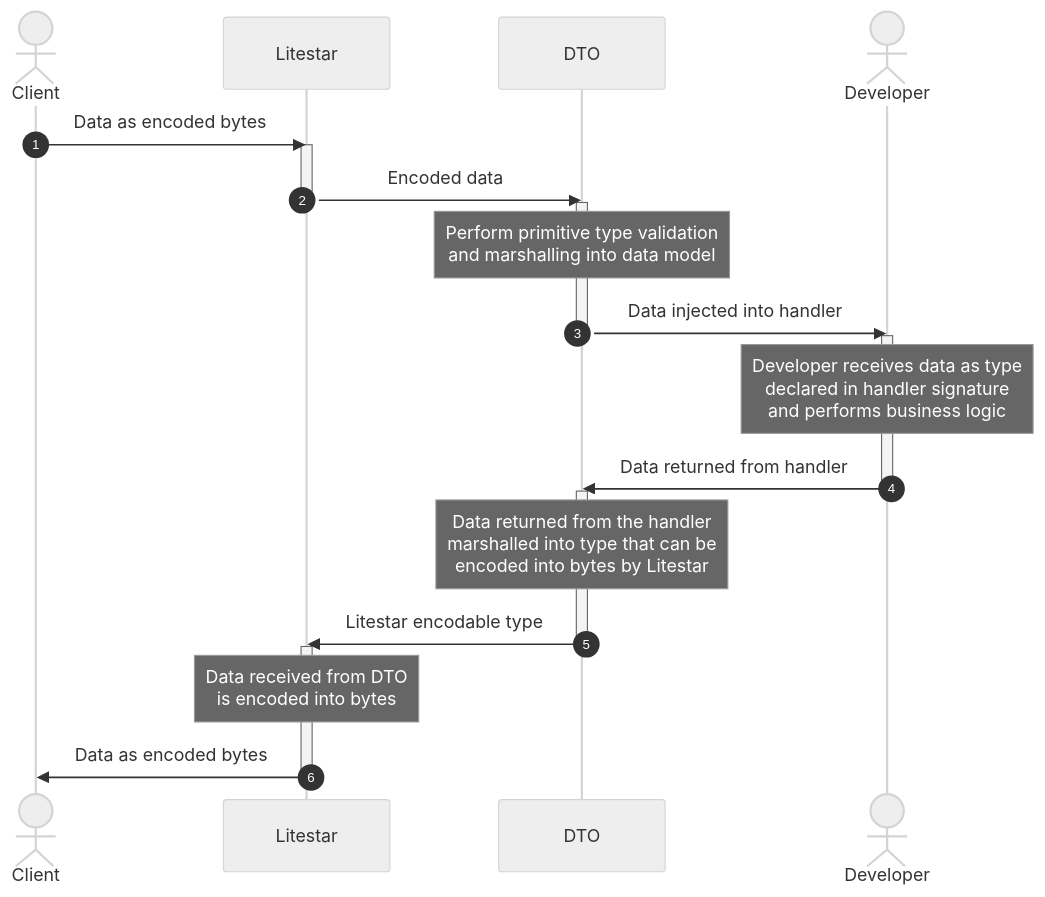
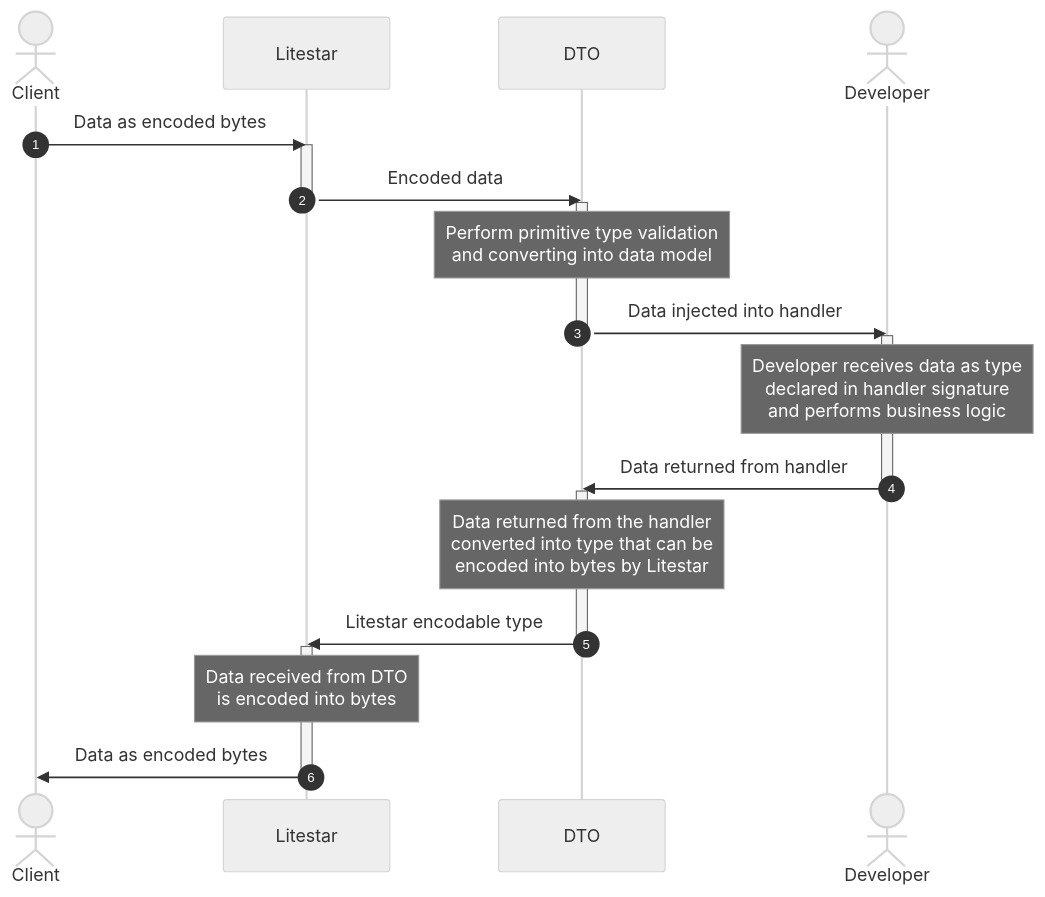
One commit to litestar-org/litestar changed the diagram in docs/usage/dto/index.rst. Above: the diagram before and after it, drawn with Mermaid (neutral theme). The commit also changed 4 other files, not shown here.

```diff
--- a/docs/usage/dto/index.rst
+++ b/docs/usage/dto/index.rst
@@ -4,28 +4,28 @@
 .. mermaid::
 
         sequenceDiagram
             autonumber
             actor Client
             participant Litestar
             participant DTO
             actor Developer
             Client->>Litestar: Data as encoded bytes
             activate Litestar
             Litestar->>DTO: Encoded data
             deactivate Litestar
             activate DTO
-            Note over DTO: Perform primitive type validation<br>and marshalling into data model
+            Note over DTO: Perform primitive type validation<br>and converting into data model
             DTO->>Developer: Data injected into handler
             deactivate DTO
             activate Developer
             Note over Developer: Developer receives data as type<br>declared in handler signature<br>and performs business logic
             Developer->>DTO: Data returned from handler
             deactivate Developer
             activate DTO
-            Note over DTO: Data returned from the handler<br>marshalled into type that can be<br>encoded into bytes by Litestar
+            Note over DTO: Data returned from the handler<br>converted into type that can be<br>encoded into bytes by Litestar
             DTO->>Litestar: Litestar encodable type
             deactivate DTO
             activate Litestar
             Note over Litestar: Data received from DTO<br>is encoded into bytes
             Litestar->>Client: Data as encoded bytes
             deactivate Litestar
```
